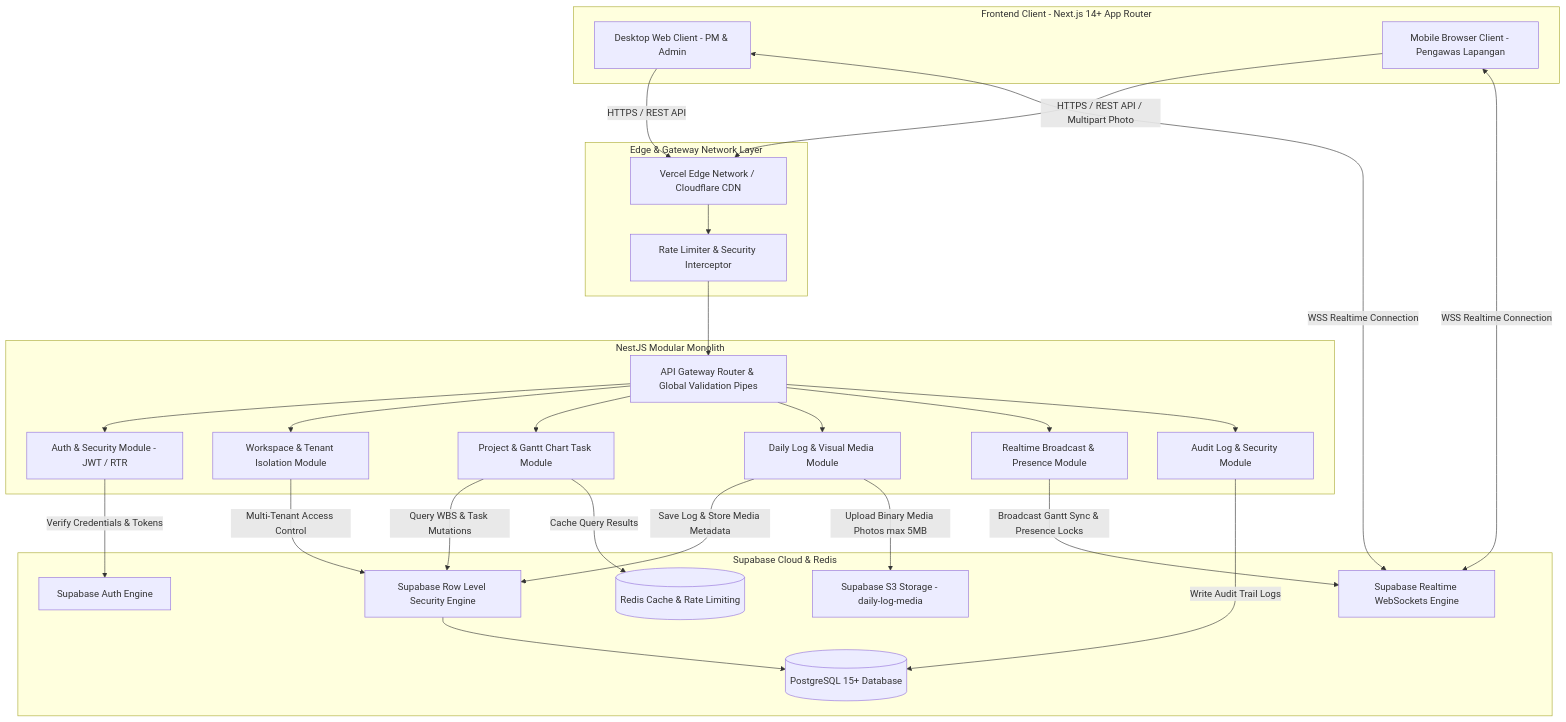
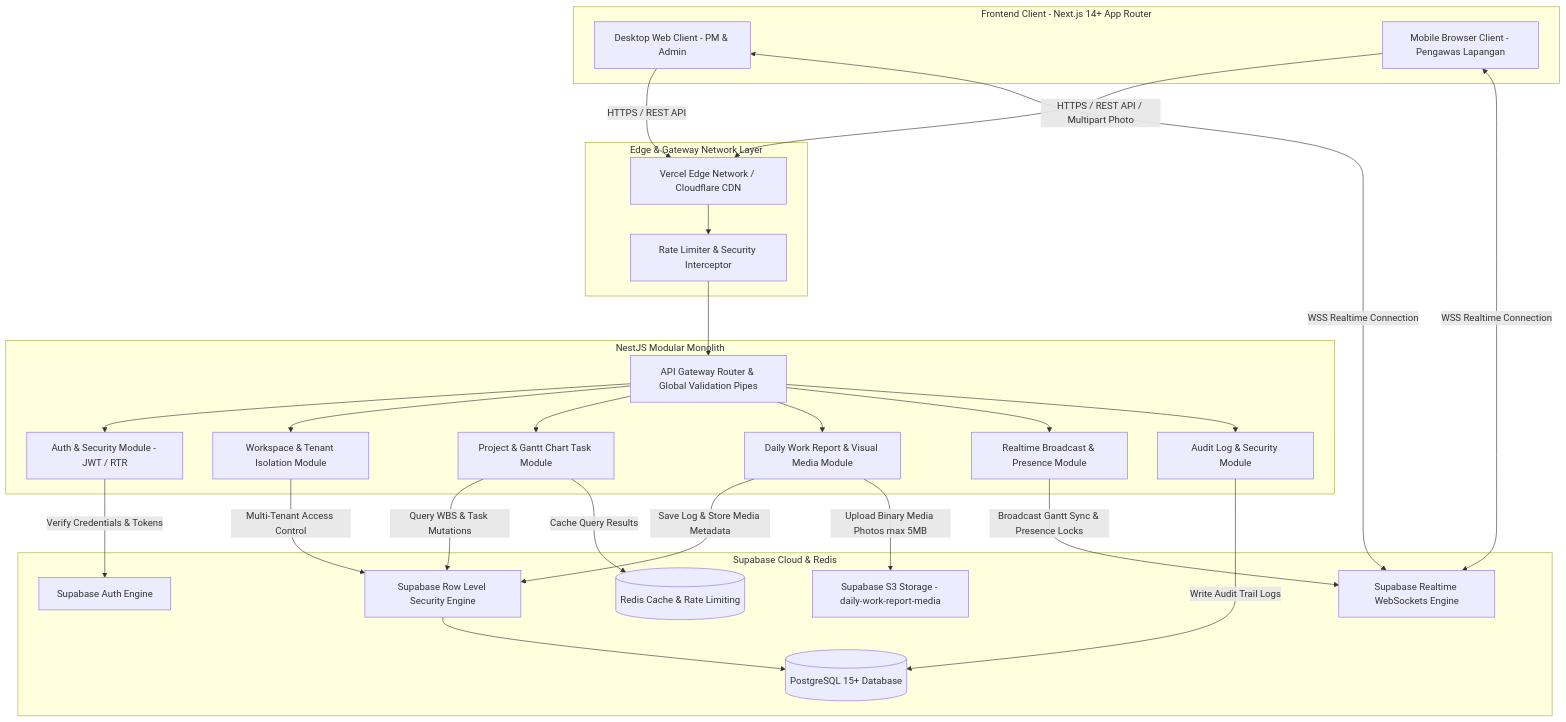
The first of 3 diagrams in docs/Technical Design Document_ Constive.md (ilhamridzuan/Constive), drawn with Mermaid before and after one commit. The commit also changed other lines of this file and 2 other files, not shown here.

````diff
--- a/docs/Technical Design Document_ Constive.md
+++ b/docs/Technical Design Document_ Constive.md
@@ -32,57 +32,57 @@
 ```mermaid
 graph TD
     subgraph Client Layer [Frontend Client - Next.js 14+ App Router]
         WA[Desktop Web Client - PM & Admin]
         MS[Mobile Browser Client - Pengawas Lapangan]
     end
 
     subgraph Edge & Gateway Network Layer
         CDN[Vercel Edge Network / Cloudflare CDN]
         RL[Rate Limiter & Security Interceptor]
     end
 
     subgraph Backend Application Layer [NestJS Modular Monolith]
         AG[API Gateway Router & Global Validation Pipes]
         AM[Auth & Security Module - JWT / RTR]
         WM[Workspace & Tenant Isolation Module]
         PM[Project & Gantt Chart Task Module]
-        DLM[Daily Log & Visual Media Module]
+        DWRM[Daily Work Report & Visual Media Module]
         NM[Realtime Broadcast & Presence Module]
         ALM[Audit Log & Security Module]
     end
 
     subgraph Persistence & BaaS Infrastructure Layer [Supabase Cloud & Redis]
         SA[Supabase Auth Engine]
         DB[(PostgreSQL 15+ Database)]
         RLS[Supabase Row Level Security Engine]
         RC[(Redis Cache & Rate Limiting)]
         WS[Supabase Realtime WebSockets Engine]
-        S3[Supabase S3 Storage - daily-log-media]
+        S3[Supabase S3 Storage - daily-work-report-media]
     end
 
     WA -->|HTTPS / REST API| CDN
     MS -->|HTTPS / REST API / Multipart Photo| CDN
     CDN --> RL
     RL --> AG
 
     AG --> AM
     AG --> WM
     AG --> PM
-    AG --> DLM
+    AG --> DWRM
     AG --> NM
     AG --> ALM
 
     AM -->|Verify Credentials & Tokens| SA
     WM -->|Multi-Tenant Access Control| RLS
     PM -->|Query WBS & Task Mutations| RLS
-    DLM -->|Save Log & Store Media Metadata| RLS
-    DLM -->|Upload Binary Media Photos max 5MB| S3
+    DWRM -->|Save Log & Store Media Metadata| RLS
+    DWRM -->|Upload Binary Media Photos max 5MB| S3
     ALM -->|Write Audit Trail Logs| DB
     RLS --> DB
 
     PM -->|Cache Query Results| RC
     NM -->|Broadcast Gantt Sync & Presence Locks| WS
 
     WA <-->|WSS Realtime Connection| WS
     MS <-->|WSS Realtime Connection| WS
 ```
````
